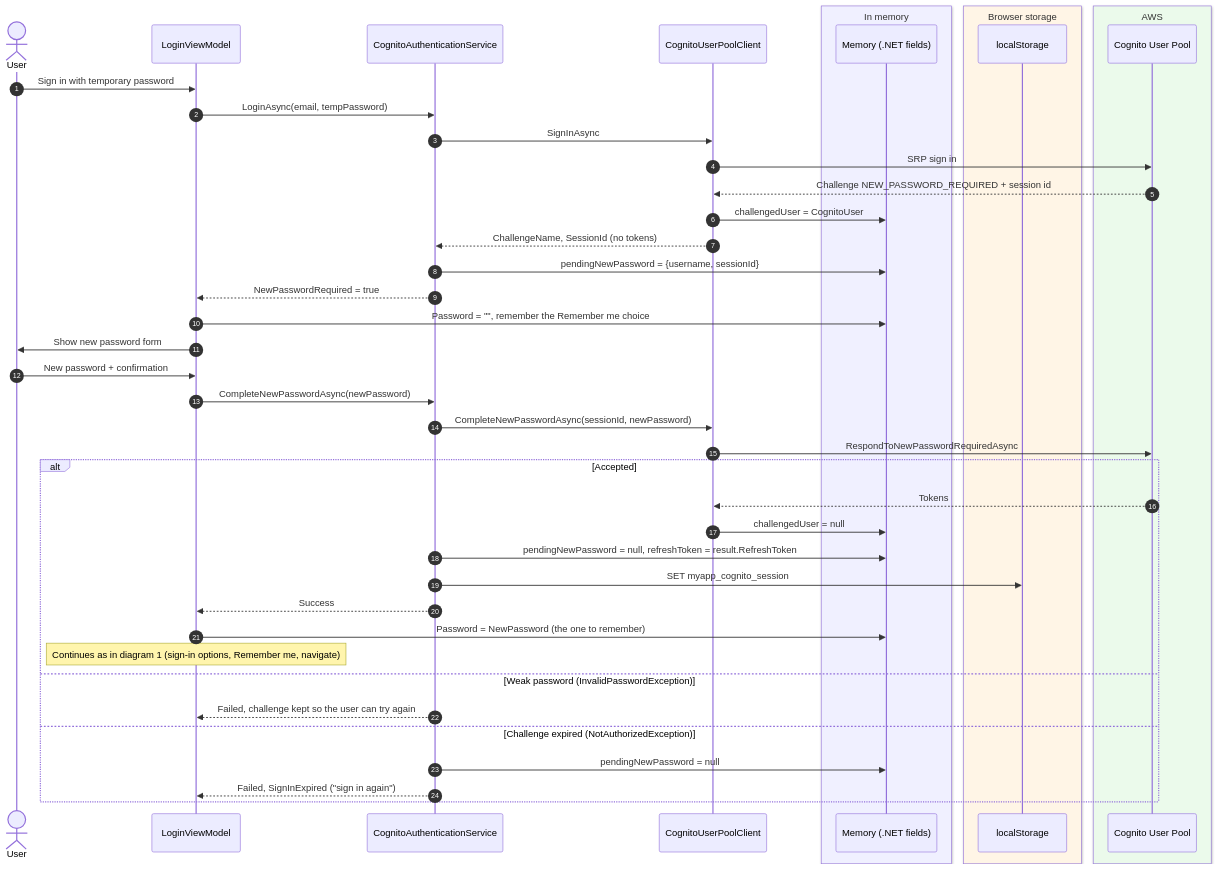
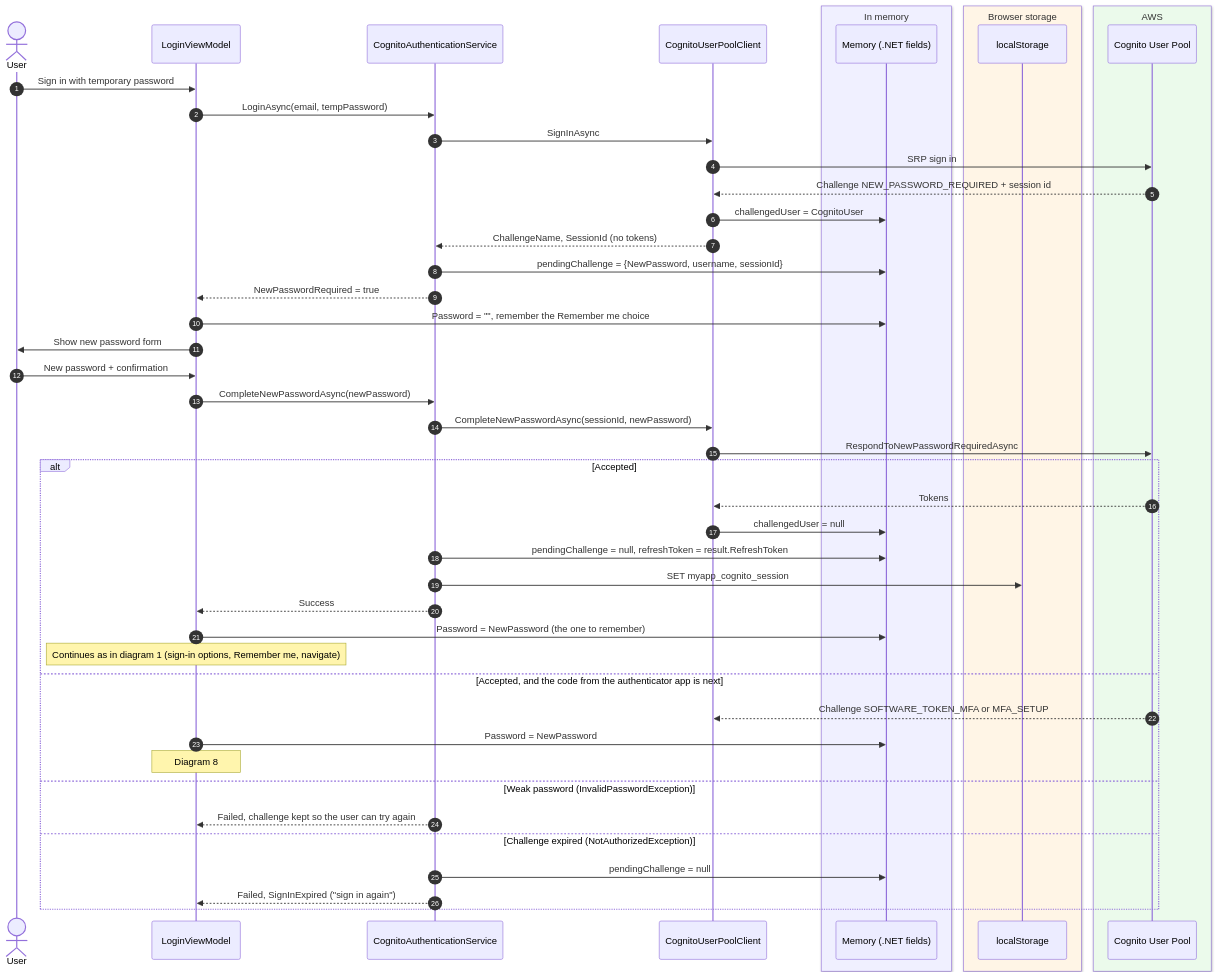
The second of 8 diagrams in docs/diagrams/authentication.md (devoctomy/blazwiz), drawn with Mermaid before and after one commit. The commit also changed other lines of this file and 81 other files, not shown here.

````diff
--- a/docs/diagrams/authentication.md
+++ b/docs/diagrams/authentication.md
@@ -101,48 +109,52 @@
 ```mermaid
 sequenceDiagram
     autonumber
     actor User
     participant VM as LoginViewModel
     participant Auth as CognitoAuthenticationService
     participant UPC as CognitoUserPoolClient
     box rgb(240,240,255) In memory
         participant Mem as Memory (.NET fields)
     end
     box rgb(255,245,230) Browser storage
         participant LS as localStorage
     end
     box rgb(235,250,235) AWS
         participant UP as Cognito User Pool
     end
 
     User->>VM: Sign in with temporary password
     VM->>Auth: LoginAsync(email, tempPassword)
     Auth->>UPC: SignInAsync
     UPC->>UP: SRP sign in
     UP-->>UPC: Challenge NEW_PASSWORD_REQUIRED + session id
     UPC->>Mem: challengedUser = CognitoUser
     UPC-->>Auth: ChallengeName, SessionId (no tokens)
-    Auth->>Mem: pendingNewPassword = {username, sessionId}
+    Auth->>Mem: pendingChallenge = {NewPassword, username, sessionId}
     Auth-->>VM: NewPasswordRequired = true
     VM->>Mem: Password = "", remember the Remember me choice
     VM->>User: Show new password form
 
     User->>VM: New password + confirmation
     VM->>Auth: CompleteNewPasswordAsync(newPassword)
     Auth->>UPC: CompleteNewPasswordAsync(sessionId, newPassword)
     UPC->>UP: RespondToNewPasswordRequiredAsync
     alt Accepted
         UP-->>UPC: Tokens
         UPC->>Mem: challengedUser = null
-        Auth->>Mem: pendingNewPassword = null, refreshToken = result.RefreshToken
+        Auth->>Mem: pendingChallenge = null, refreshToken = result.RefreshToken
         Auth->>LS: SET myapp_cognito_session
         Auth-->>VM: Success
         VM->>Mem: Password = NewPassword (the one to remember)
         Note over VM: Continues as in diagram 1 (sign-in options, Remember me, navigate)
+    else Accepted, and the code from the authenticator app is next
+        UP-->>UPC: Challenge SOFTWARE_TOKEN_MFA or MFA_SETUP
+        VM->>Mem: Password = NewPassword
+        Note over VM: Diagram 8
     else Weak password (InvalidPasswordException)
         Auth-->>VM: Failed, challenge kept so the user can try again
     else Challenge expired (NotAuthorizedException)
-        Auth->>Mem: pendingNewPassword = null
+        Auth->>Mem: pendingChallenge = null
         Auth-->>VM: Failed, SignInExpired ("sign in again")
     end
 ```
````
